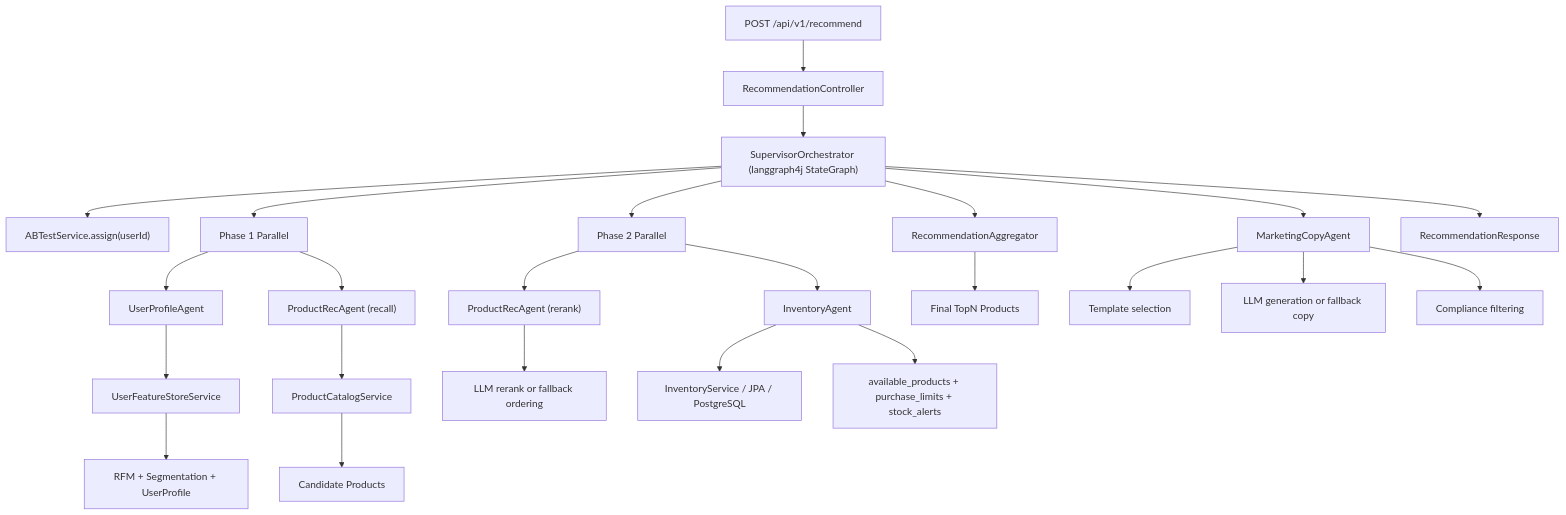
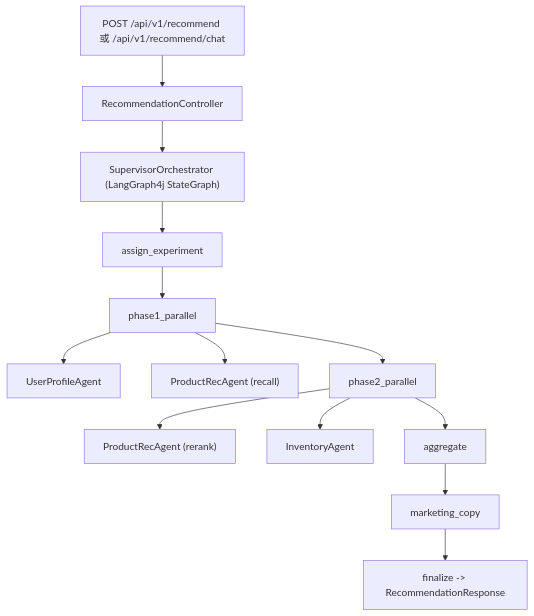
One commit to nailongvsbeiliya/Multi-Agent-E-Commerce-Recommendation-System changed the diagram in README.md. Above: the diagram before and after it, drawn with Mermaid. The commit also changed other lines of this file, not shown here.

````diff
--- a/README.md
+++ b/README.md
@@ -68,35 +38,15 @@
 ```mermaid
 flowchart TD
-    A["POST /api/v1/recommend"] --> B["RecommendationController"]
-    B --> C["SupervisorOrchestrator (langgraph4j StateGraph)"]
-
-    C --> D["ABTestService.assign(userId)"]
-
-    C --> E["Phase 1 Parallel"]
+    A["POST /api/v1/recommend 或 /api/v1/recommend/chat"] --> B["RecommendationController"]
+    B --> C["SupervisorOrchestrator (LangGraph4j StateGraph)"]
+    C --> D["assign_experiment"]
+    D --> E["phase1_parallel"]
     E --> F["UserProfileAgent"]
     E --> G["ProductRecAgent (recall)"]
-
-    F --> F1["UserFeatureStoreService"]
-    F1 --> F2["RFM + Segmentation + UserProfile"]
-
-    G --> G1["ProductCatalogService"]
-    G1 --> G2["Candidate Products"]
-
-    C --> H["Phase 2 Parallel"]
+    E --> H["phase2_parallel"]
     H --> I["ProductRecAgent (rerank)"]
     H --> J["InventoryAgent"]
-
-    I --> I1["LLM rerank or fallback ordering"]
-    J --> J1["InventoryService / JPA / PostgreSQL"]
-    J --> J2["available_products + purchase_limits + stock_alerts"]
-
-    C --> K["RecommendationAggregator"]
-    K --> L["Final TopN Products"]
-
-    C --> M["MarketingCopyAgent"]
-    M --> M1["Template selection"]
-    M --> M2["LLM generation or fallback copy"]
-    M --> M3["Compliance filtering"]
-
-    C --> N["RecommendationResponse"]
+    H --> K["aggregate"]
+    K --> L["marketing_copy"]
+    L --> M["finalize -> RecommendationResponse"]
 ```
````
